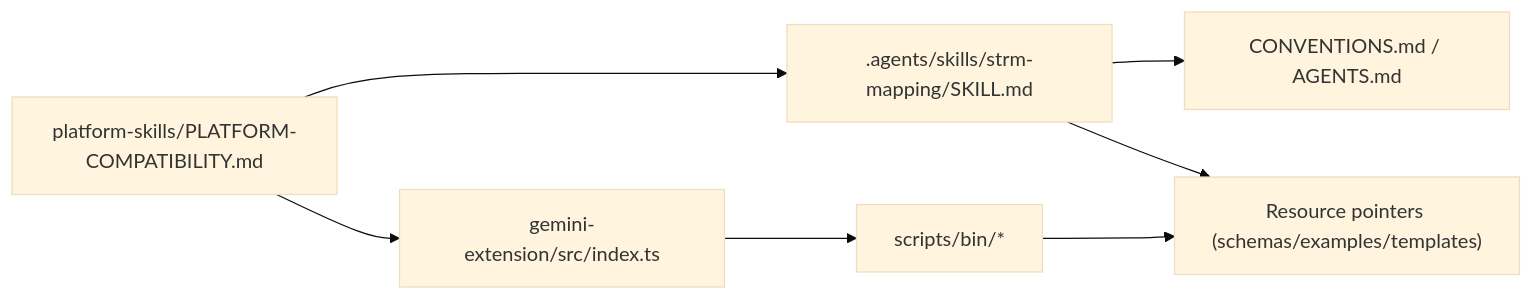
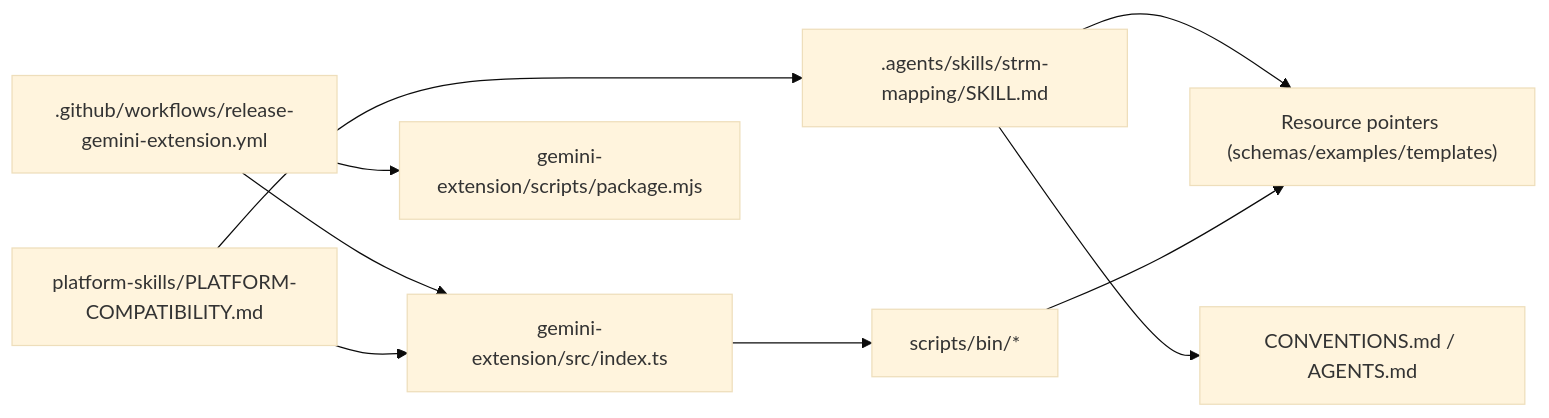
The ninth of 9 diagrams in .qoder/repowiki/en/content/Development and Contributing Guidelines.md (austinsonger/GRC-Mapping-Analyst), drawn with Mermaid (base theme) before and after one commit. The commit also changed other lines of this file and 13 other files, not shown here.

````diff
--- a/.qoder/repowiki/en/content/Development and Contributing Guidelines.md
+++ b/.qoder/repowiki/en/content/Development and Contributing Guidelines.md
@@ -366,9 +426,11 @@
 ```mermaid
 graph LR
 SKILL[".agents/skills/strm-mapping/SKILL.md"] --> REF["CONVENTIONS.md / AGENTS.md"]
 SKILL --> RES["Resource pointers (schemas/examples/templates)"]
 SCRIPTS["scripts/bin/*"] --> RES
 EXT["gemini-extension/src/index.ts"] --> SCRIPTS
+PIPELINE[".github/workflows/release-gemini-extension.yml"] --> EXT
+PIPELINE --> PKG["gemini-extension/scripts/package.mjs"]
 COMPAT["platform-skills/PLATFORM-COMPATIBILITY.md"] --> SKILL
 COMPAT --> EXT
 ```
````
